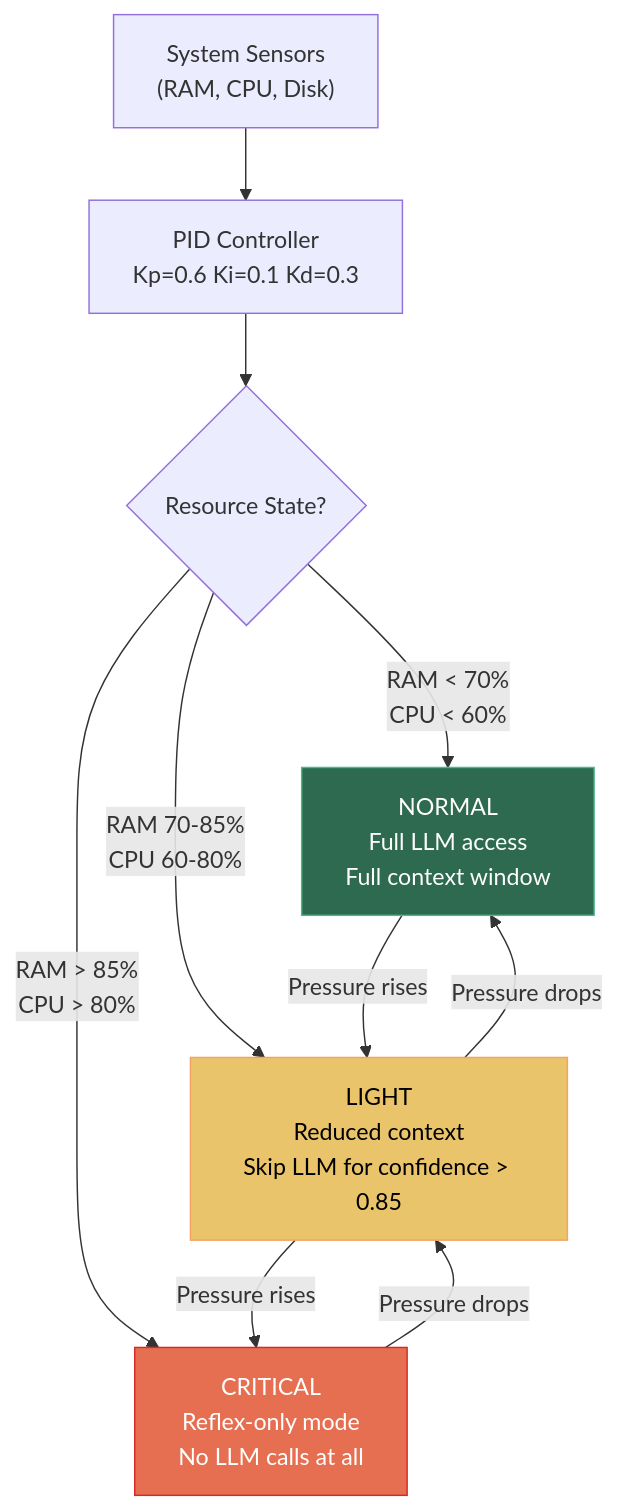
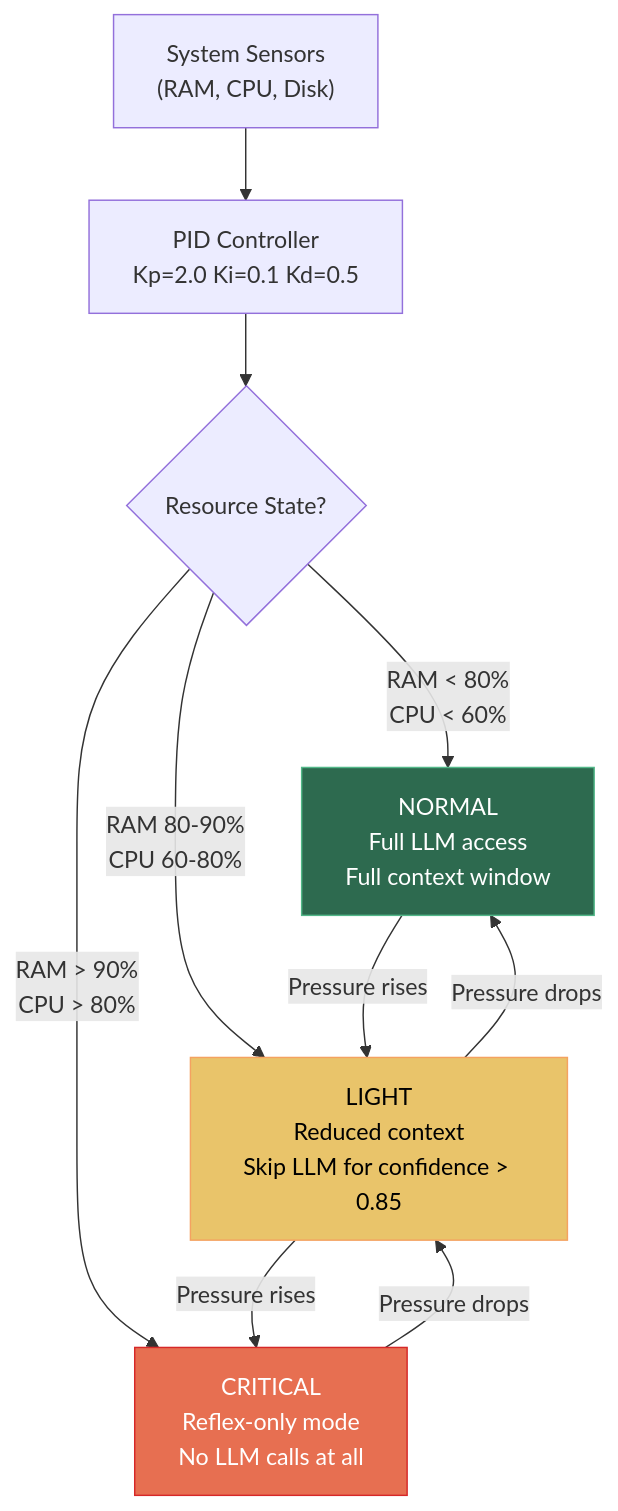
One commit to purplepincher/pincher changed the fourth of 6 diagrams in README.md. Above: the diagram before and after it, drawn with Mermaid. The commit also changed other lines of this file and 8 other files, not shown here.

First line of the commit message:
fix: remove deprecated duplicate architecture, align README with reality

````diff
--- a/README.md
+++ b/README.md
@@ -152,18 +152,18 @@
 ```mermaid
 flowchart TD
-    S["System Sensors<br/>(RAM, CPU, Disk)"] --> PID["PID Controller<br/>Kp=0.6 Ki=0.1 Kd=0.3"]
+    S["System Sensors<br/>(RAM, CPU, Disk)"] --> PID["PID Controller<br/>Kp=2.0 Ki=0.1 Kd=0.5"]
     PID --> B{Resource State?}
 
-    B -->|"RAM < 70%<br/>CPU < 60%"| N["NORMAL<br/>Full LLM access<br/>Full context window"]
-    B -->|"RAM 70-85%<br/>CPU 60-80%"| L["LIGHT<br/>Reduced context<br/>Skip LLM for confidence > 0.85"]
-    B -->|"RAM > 85%<br/>CPU > 80%"| C["CRITICAL<br/>Reflex-only mode<br/>No LLM calls at all"]
+    B -->|"RAM < 80%<br/>CPU < 60%"| N["NORMAL<br/>Full LLM access<br/>Full context window"]
+    B -->|"RAM 80-90%<br/>CPU 60-80%"| L["LIGHT<br/>Reduced context<br/>Skip LLM for confidence > 0.85"]
+    B -->|"RAM > 90%<br/>CPU > 80%"| C["CRITICAL<br/>Reflex-only mode<br/>No LLM calls at all"]
 
     N -->|"Pressure rises"| L
     L -->|"Pressure rises"| C
     C -->|"Pressure drops"| L
     L -->|"Pressure drops"| N
 
     style N fill:#2d6a4f,stroke:#52b788,color:#fff
     style L fill:#e9c46a,stroke:#f4a261,color:#000
     style C fill:#e76f51,stroke:#d62828,color:#fff
 ```
````
